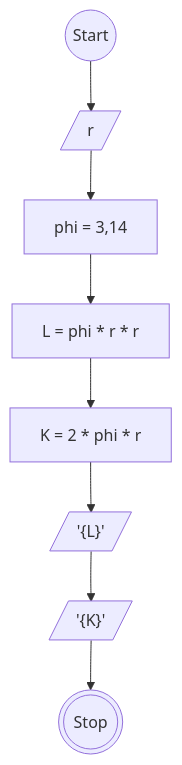
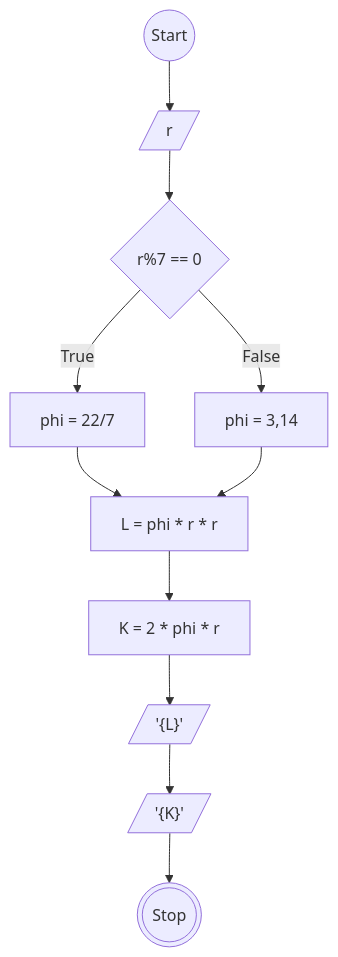
The diagram in readme.md (MuhamadRafliShidiq/koda-b8-javascript1), drawn with Mermaid before and after one commit. The commit also changed 1 other file, not shown here.

````diff
--- a/readme.md
+++ b/readme.md
@@ -7,15 +7,23 @@
 ```mermaid
 
     flowchart TD
 
     a@{ shape: circle, label: "Start" }
     b@{ shape: lean-r, label: "r" }
-    c@{ shape: rect, label: "phi = 3,14" }
+    c@{ shape: diamond, label: " r%7 == 0" }
+    i@{ shape: rect, label: " phi = 3,14" }
+    j@{ shape: rect, label: " phi = 22/7" }
     d@{ shape: rect, label: "L = phi * r * r" }
     e@{ shape: rect, label: "K = 2 * phi * r" }
     f@{ shape: lean-r, label: "'{L}'" }
     g@{ shape: lean-r, label: "'{K}'" }
     h@{ shape: dbl-circ, label: "Stop" }
 
-    a --> b --> c --> d --> e --> f --> g --> h
+    a --> b --> c
+    c --True--> j
+    c --False--> i
+
+    j --> d
+    i --> d
+    d --> e --> f --> g --> h
 ```
````
